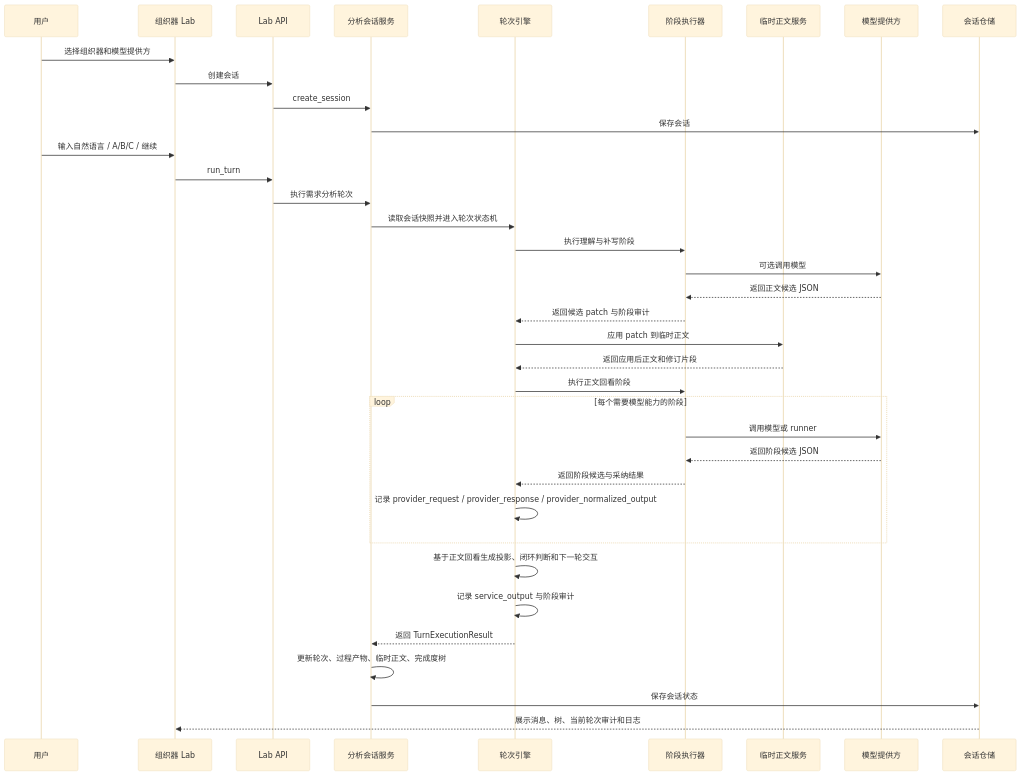
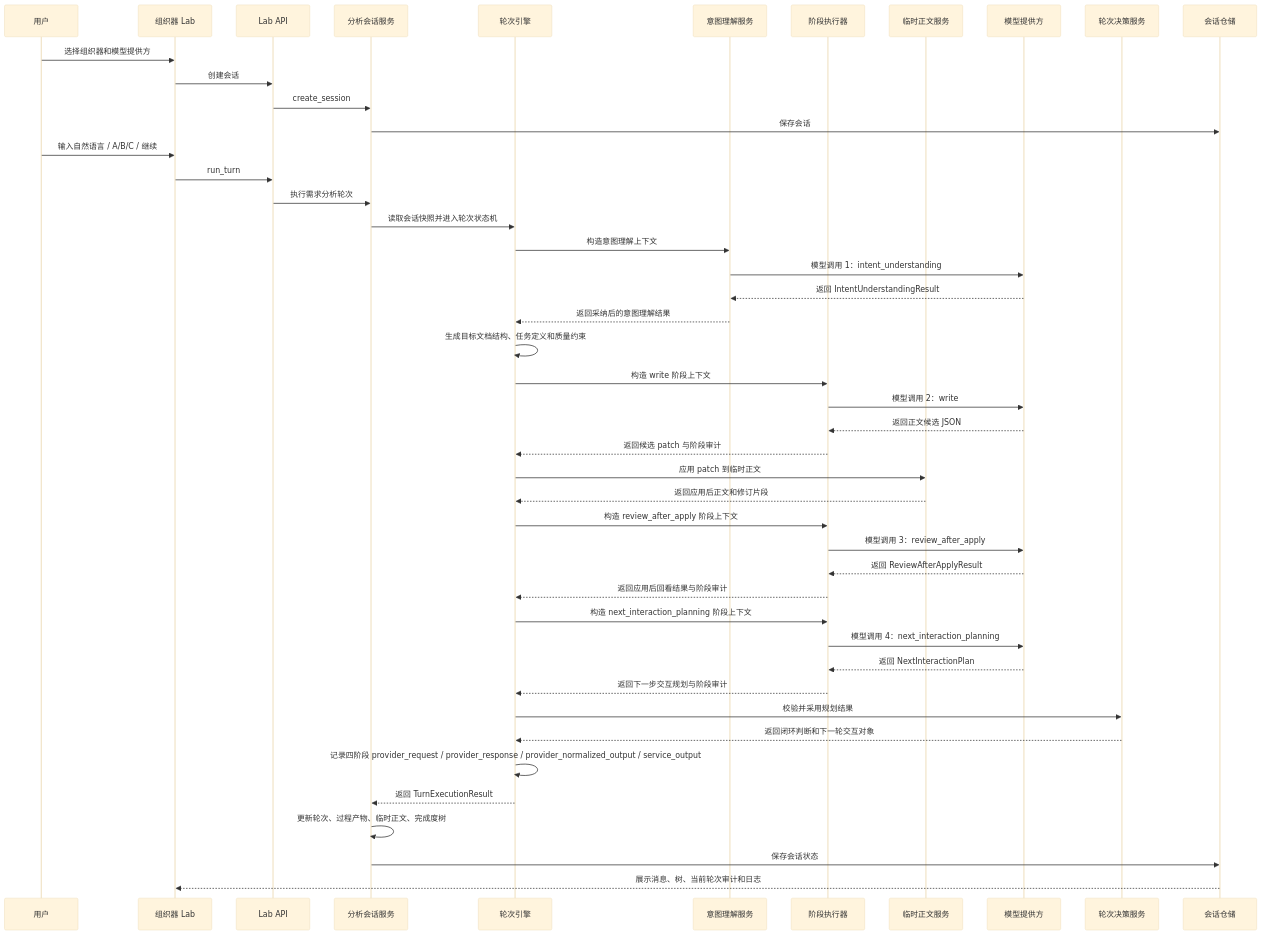
Before and after one commit to wgwtest/CodeFactoryV2: diagram 35 of 35 in DOC/CODEX_DOC/02_设计说明/P2_需求分析系统/P2-需求分析系统设计.md, drawn with Mermaid (base theme). The commit also changed other lines of this file and 43 other files, not shown here.

````diff
--- a/DOC/CODEX_DOC/02_设计说明/P2_需求分析系统/P2-需求分析系统设计.md
+++ b/DOC/CODEX_DOC/02_设计说明/P2_需求分析系统/P2-需求分析系统设计.md
@@ -5550,40 +6025,49 @@
 ```mermaid
 sequenceDiagram
   participant User as 用户
   participant Lab as 组织器 Lab
   participant API as Lab API
   participant Session as 分析会话服务
   participant Turn as 轮次引擎
+  participant Intent as 意图理解服务
   participant Stage as 阶段执行器
   participant Doc as 临时正文服务
   participant Provider as 模型提供方
+  participant Decision as 轮次决策服务
   participant Store as 会话仓储
 
   User->>Lab: 选择组织器和模型提供方
   Lab->>API: 创建会话
   API->>Session: create_session
   Session->>Store: 保存会话
   User->>Lab: 输入自然语言 / A/B/C / 继续
   Lab->>API: run_turn
   API->>Session: 执行需求分析轮次
   Session->>Turn: 读取会话快照并进入轮次状态机
-  Turn->>Stage: 执行理解与补写阶段
-  Stage->>Provider: 可选调用模型
+  Turn->>Intent: 构造意图理解上下文
+  Intent->>Provider: 模型调用 1：intent_understanding
+  Provider-->>Intent: 返回 IntentUnderstandingResult
+  Intent-->>Turn: 返回采纳后的意图理解结果
+  Turn->>Turn: 生成目标文档结构、任务定义和质量约束
+  Turn->>Stage: 构造 write 阶段上下文
+  Stage->>Provider: 模型调用 2：write
   Provider-->>Stage: 返回正文候选 JSON
   Stage-->>Turn: 返回候选 patch 与阶段审计
   Turn->>Doc: 应用 patch 到临时正文
   Doc-->>Turn: 返回应用后正文和修订片段
-  Turn->>Stage: 执行正文回看阶段
-  loop 每个需要模型能力的阶段
-    Stage->>Provider: 调用模型或 runner
-    Provider-->>Stage: 返回阶段候选 JSON
-    Stage-->>Turn: 返回阶段候选与采纳结果
-    Turn->>Turn: 记录 provider_request / provider_response / provider_normalized_output
-  end
-  Turn->>Turn: 基于正文回看生成投影、闭环判断和下一轮交互
-  Turn->>Turn: 记录 service_output 与阶段审计
+  Turn->>Stage: 构造 review_after_apply 阶段上下文
+  Stage->>Provider: 模型调用 3：review_after_apply
+  Provider-->>Stage: 返回 ReviewAfterApplyResult
+  Stage-->>Turn: 返回应用后回看结果与阶段审计
+  Turn->>Stage: 构造 next_interaction_planning 阶段上下文
+  Stage->>Provider: 模型调用 4：next_interaction_planning
+  Provider-->>Stage: 返回 NextInteractionPlan
+  Stage-->>Turn: 返回下一步交互规划与阶段审计
+  Turn->>Decision: 校验并采用规划结果
+  Decision-->>Turn: 返回闭环判断和下一轮交互对象
+  Turn->>Turn: 记录四阶段 provider_request / provider_response / provider_normalized_output / service_output
   Turn-->>Session: 返回 TurnExecutionResult
   Session->>Session: 更新轮次、过程产物、临时正文、完成度树
   Session->>Store: 保存会话状态
   Store-->>Lab: 展示消息、树、当前轮次审计和日志
 ```
````
